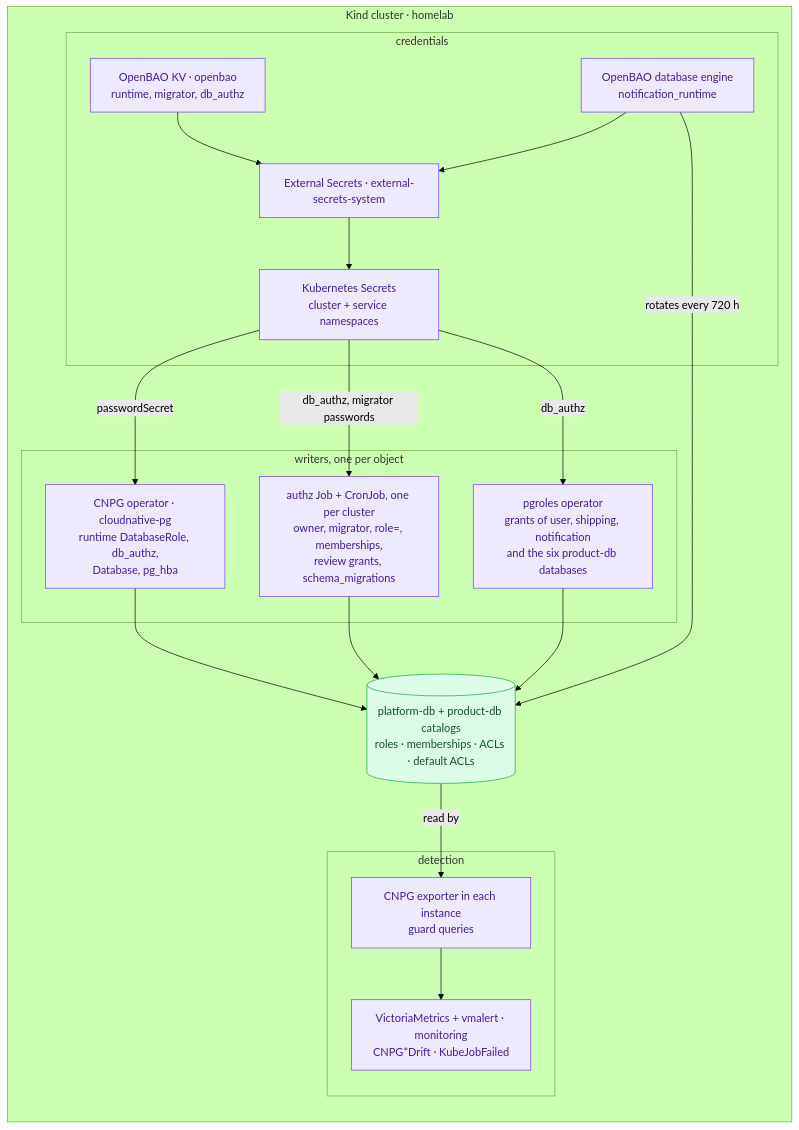
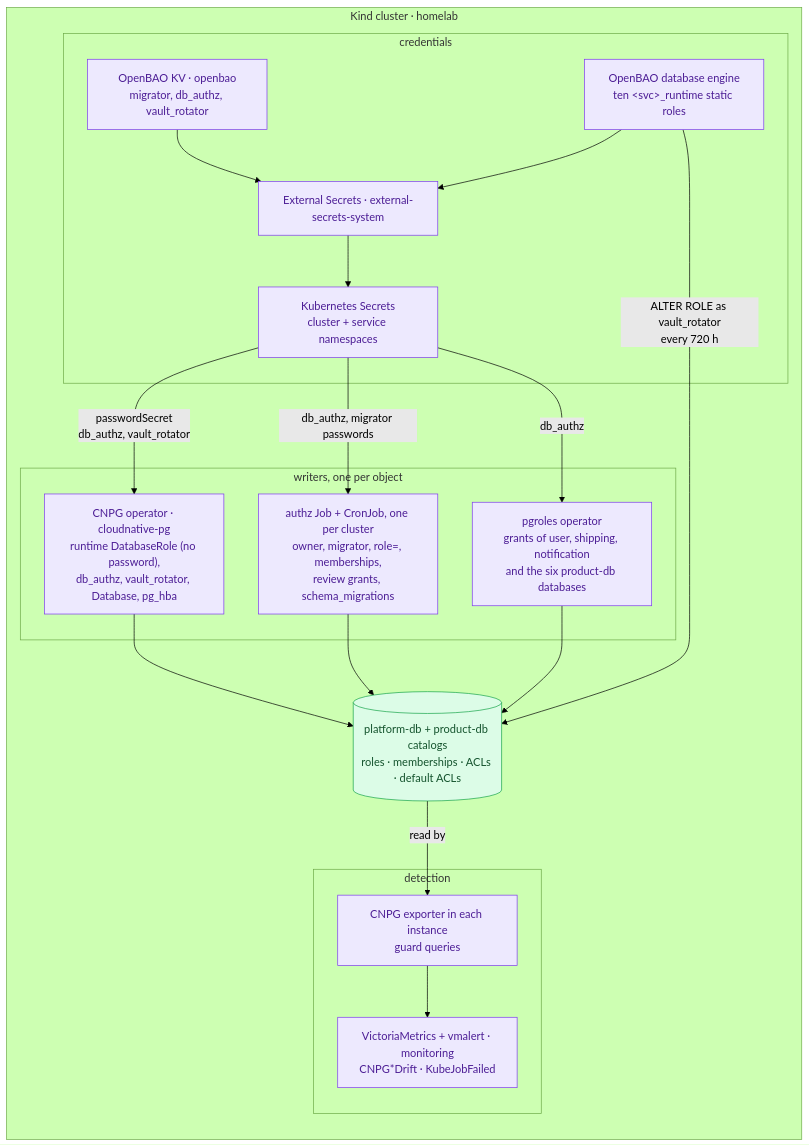
One commit to duynhlab/homelab changed the second of 2 diagrams in docs/databases/authorization.md. Above: the diagram before and after it, drawn with Mermaid (forest theme). The commit also changed other lines of this file and 92 other files, not shown here.

First line of the commit message:
Finalise ADR-089 and refresh database diagrams (#1337)

````diff
--- a/docs/databases/authorization.md
+++ b/docs/databases/authorization.md
@@ -126,36 +128,36 @@
 ```mermaid
 flowchart LR
     subgraph cluster["Kind cluster · homelab"]
         subgraph sec["credentials"]
-            kv["OpenBAO KV · openbao<br/>runtime, migrator, db_authz"]:::platform
-            dbe["OpenBAO database engine<br/>notification_runtime"]:::platform
+            kv["OpenBAO KV · openbao<br/>migrator, db_authz, vault_rotator"]:::platform
+            dbe["OpenBAO database engine<br/>ten &lt;svc&gt;_runtime static roles"]:::platform
             eso["External Secrets · external-secrets-system"]:::platform
             ks["Kubernetes Secrets<br/>cluster + service namespaces"]:::platform
         end
         subgraph writers["writers, one per object"]
-            cnpg["CNPG operator · cloudnative-pg<br/>runtime DatabaseRole, db_authz,<br/>Database, pg_hba"]:::platform
+            cnpg["CNPG operator · cloudnative-pg<br/>runtime DatabaseRole (no password),<br/>db_authz, vault_rotator, Database, pg_hba"]:::platform
             job["authz Job + CronJob, one per cluster<br/>owner, migrator, role=, memberships,<br/>review grants, schema_migrations"]:::platform
             pgr["pgroles operator<br/>grants of user, shipping, notification<br/>and the six product-db databases"]:::platform
         end
         cat[("platform-db + product-db catalogs<br/>roles · memberships · ACLs · default ACLs")]:::data
         subgraph obs["detection"]
             exp["CNPG exporter in each instance<br/>guard queries"]:::platform
             vm["VictoriaMetrics + vmalert · monitoring<br/>CNPG*Drift · KubeJobFailed"]:::platform
         end
     end
 
     kv --> eso
     dbe --> eso
     eso --> ks
-    ks -->|"passwordSecret"| cnpg
+    ks -->|"passwordSecret<br/>db_authz, vault_rotator"| cnpg
     ks -->|"db_authz, migrator passwords"| job
     ks -->|"db_authz"| pgr
     cnpg --> cat
     job --> cat
     pgr --> cat
-    dbe -->|"rotates every 720 h"| cat
+    dbe -->|"ALTER ROLE as vault_rotator<br/>every 720 h"| cat
     cat -->|"read by"| exp --> vm
 
     classDef platform fill:#ede9fe,color:#4c1d95,stroke:#7c3aed;
     classDef data fill:#dcfce7,color:#14532d,stroke:#16a34a;
 ```
````
